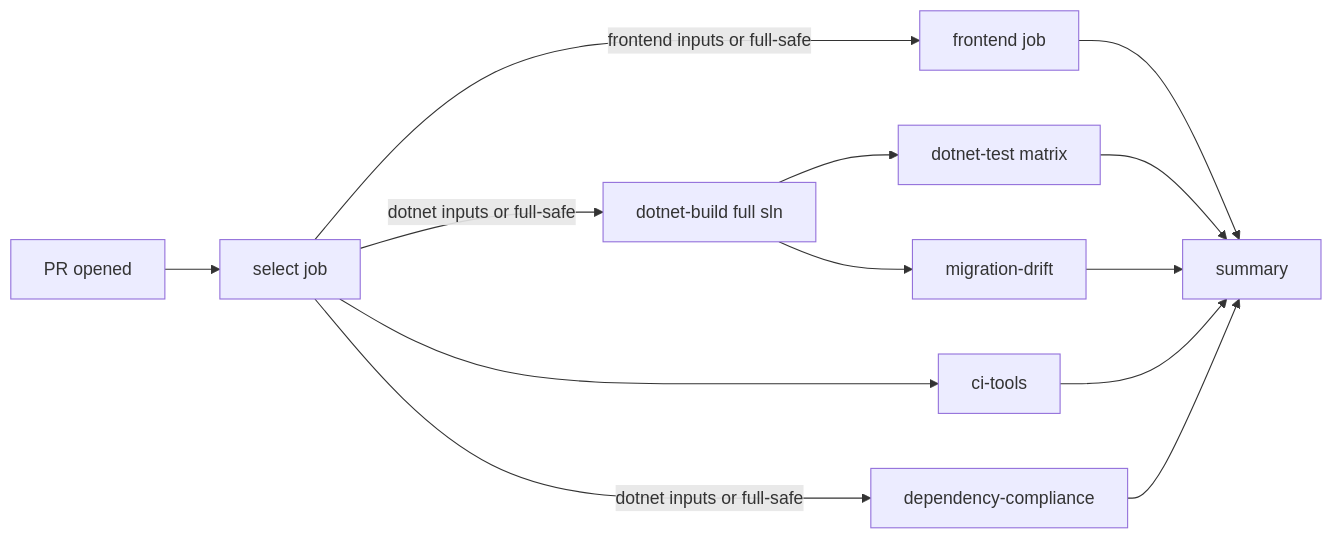
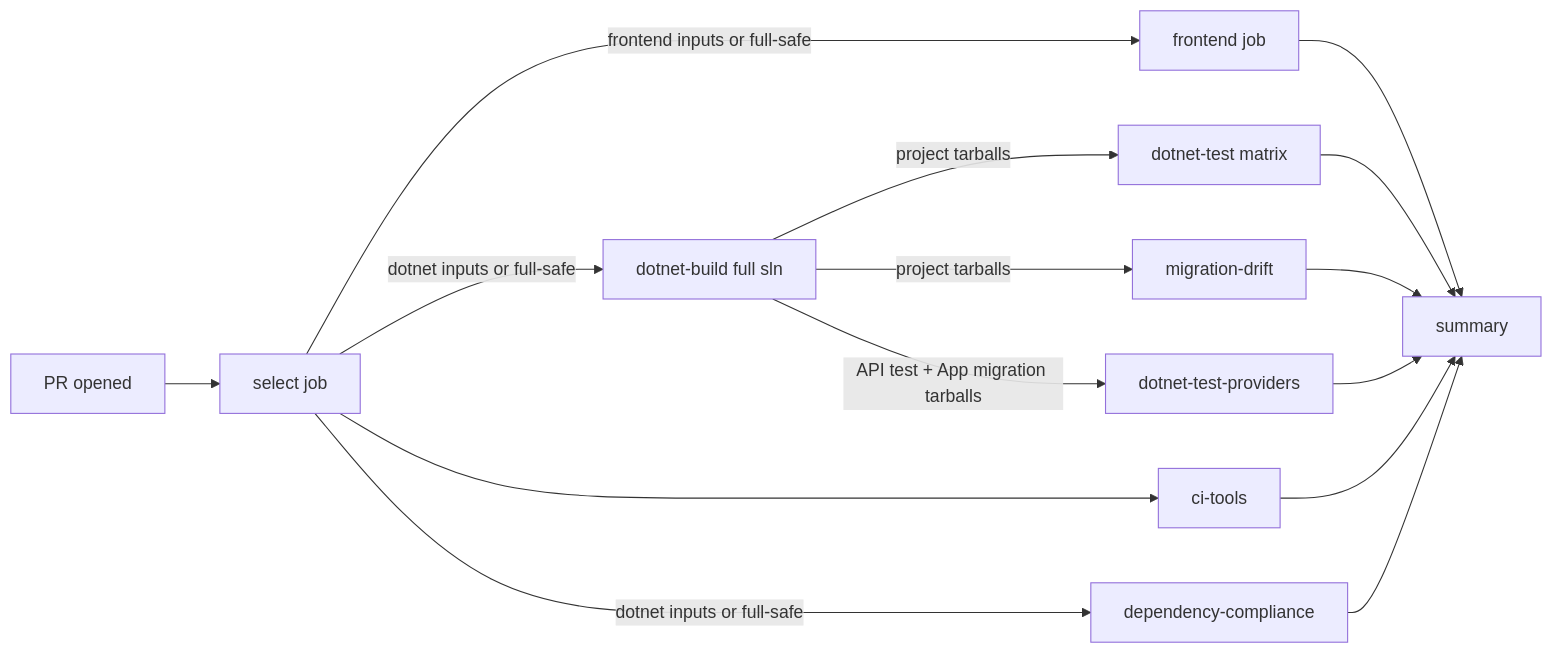
The diagram in docs/CI.md (OlyForge3D/PrintFarmer), drawn with Mermaid before and after one commit. The commit also changed other lines of this file and 2 other files, not shown here.

````diff
--- a/docs/CI.md
+++ b/docs/CI.md
@@ -19,15 +19,17 @@
 ```mermaid
 flowchart LR
   A[PR opened] --> B[select job]
   B -->|frontend inputs or full-safe| C[frontend job]
   B -->|dotnet inputs or full-safe| D[dotnet-build full sln]
-  D --> E[dotnet-test matrix]
-  D --> F[migration-drift]
+  D -->|project tarballs| E[dotnet-test matrix]
+  D -->|project tarballs| F[migration-drift]
+  D -->|API test + App migration tarballs| J[dotnet-test-providers]
   B --> G[ci-tools]
   B -->|dotnet inputs or full-safe| I[dependency-compliance]
   C --> H[summary]
   E --> H
   F --> H
+  J --> H
   G --> H
   I --> H
 ```
````
